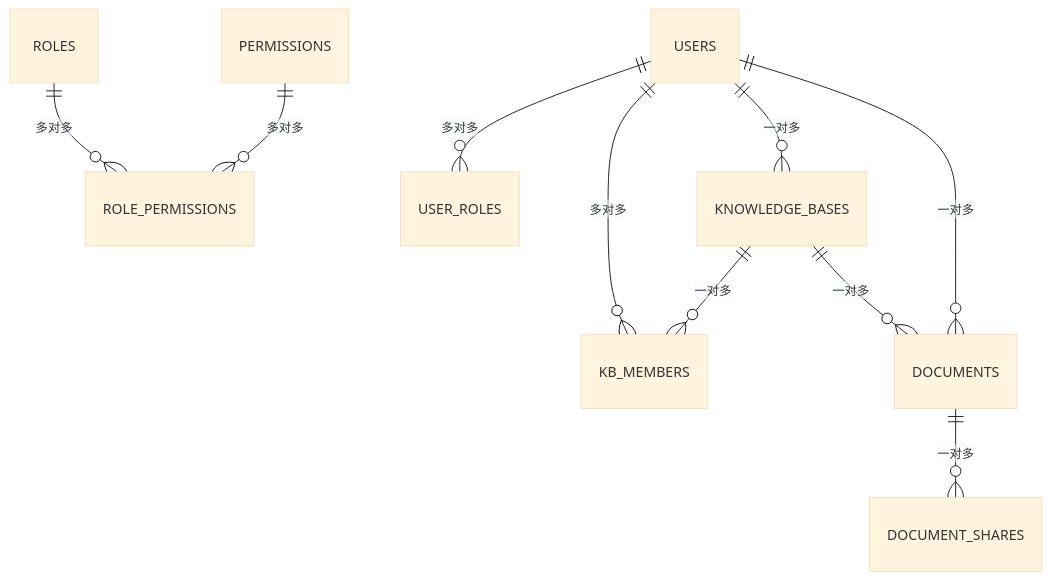
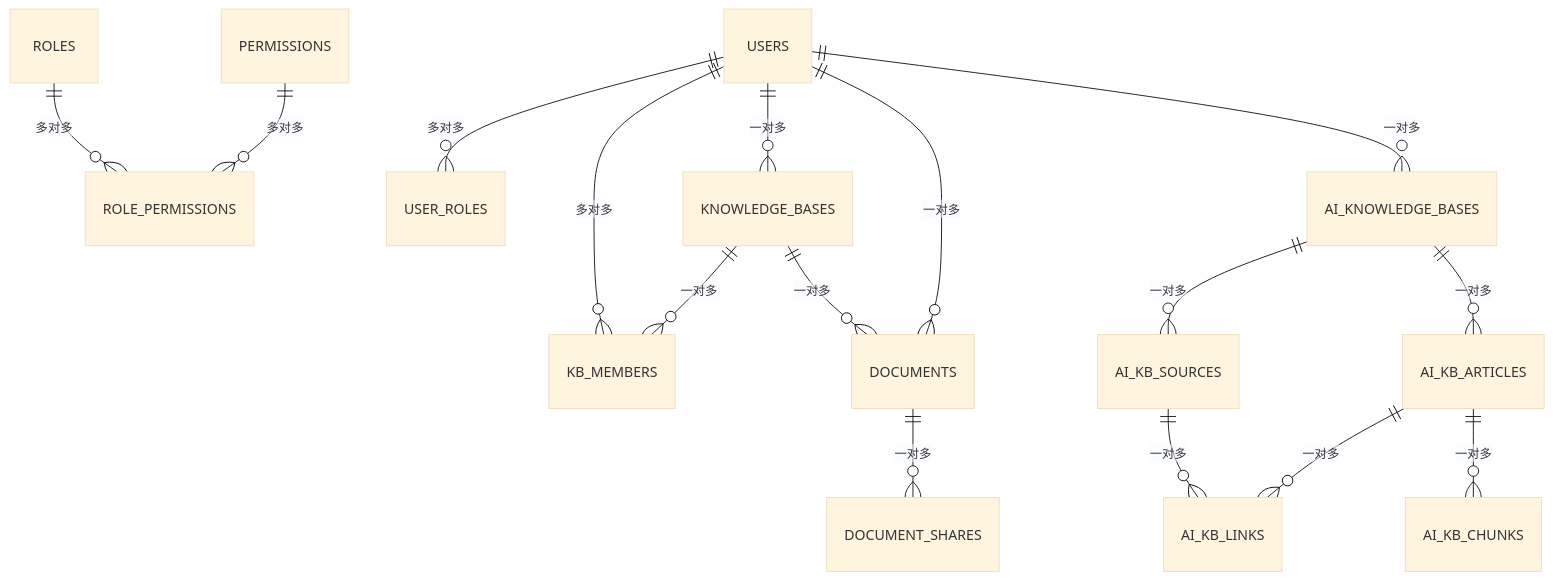
Before and after one commit to beyondalbert/my_wiki: the seventh of 7 diagrams in .qoder/repowiki/zh/content/架构设计/数据持久化架构/核心数据模型/核心数据模型.md, drawn with Mermaid (base theme). The commit also changed other lines of this file and 10 other files, not shown here.

````diff
--- a/.qoder/repowiki/zh/content/架构设计/数据持久化架构/核心数据模型/核心数据模型.md
+++ b/.qoder/repowiki/zh/content/架构设计/数据持久化架构/核心数据模型/核心数据模型.md
@@ -382,12 +510,18 @@
 ```mermaid
 erDiagram
 USERS ||--o{ USER_ROLES : "多对多"
 ROLES ||--o{ ROLE_PERMISSIONS : "多对多"
 PERMISSIONS ||--o{ ROLE_PERMISSIONS : "多对多"
 USERS ||--o{ KB_MEMBERS : "多对多"
 KNOWLEDGE_BASES ||--o{ KB_MEMBERS : "一对多"
 USERS ||--o{ KNOWLEDGE_BASES : "一对多"
 KNOWLEDGE_BASES ||--o{ DOCUMENTS : "一对多"
 USERS ||--o{ DOCUMENTS : "一对多"
 DOCUMENTS ||--o{ DOCUMENT_SHARES : "一对多"
+USERS ||--o{ AI_KNOWLEDGE_BASES : "一对多"
+AI_KNOWLEDGE_BASES ||--o{ AI_KB_SOURCES : "一对多"
+AI_KNOWLEDGE_BASES ||--o{ AI_KB_ARTICLES : "一对多"
+AI_KB_SOURCES ||--o{ AI_KB_LINKS : "一对多"
+AI_KB_ARTICLES ||--o{ AI_KB_LINKS : "一对多"
+AI_KB_ARTICLES ||--o{ AI_KB_CHUNKS : "一对多"
 ```
````
